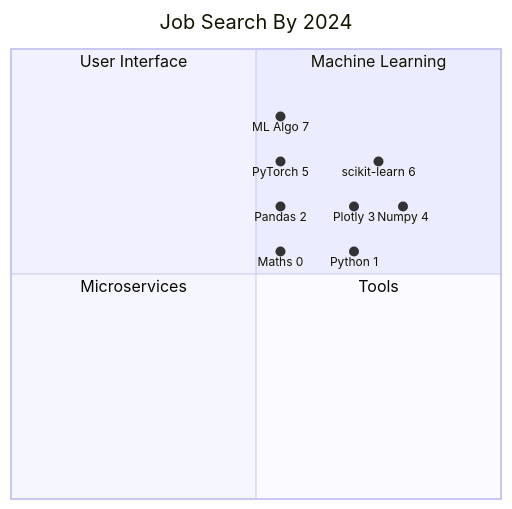
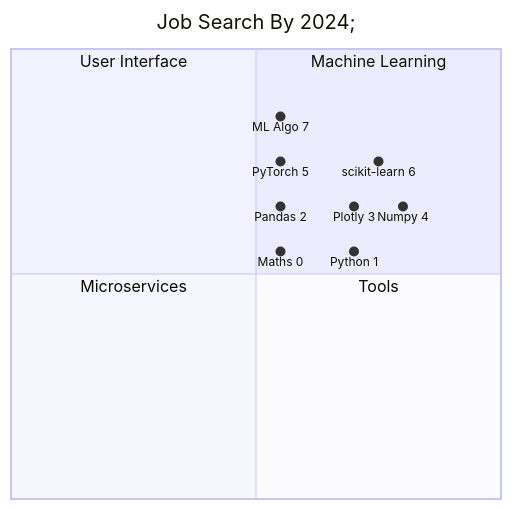
The diagram in README.md (rahgadda/job-preparation), drawn with Mermaid before and after one commit.

Commit message:
Initial Draft

````diff
--- a/README.md
+++ b/README.md
@@ -9,16 +9,16 @@
 ```mermaid
-quadrantChart
-    title Job Search By 2024
-    quadrant-1 Machine Learning
-    quadrant-2 User Interface
-    quadrant-3 Microservices
-    quadrant-4 Tools
-    Maths  0: [0.55,0.55] 
-    Python 1: [0.7,0.55]
-    Pandas 2: [0.55,0.65]
-    Plotly 3: [0.7,0.65]
-    Numpy 4:  [0.8,0.65]
-    PyTorch 5:  [0.55,0.75]
-    scikit-learn 6:  [0.75,0.75]
-    ML Algo 7:  [0.55,0.85]
+quadrantChart;
+    title Job Search By 2024;
+    quadrant-1 Machine Learning;
+    quadrant-2 User Interface;
+    quadrant-3 Microservices;
+    quadrant-4 Tools;
+    Maths  0: [0.55,0.55]; 
+    Python 1: [0.7,0.55];
+    Pandas 2: [0.55,0.65];
+    Plotly 3: [0.7,0.65];
+    Numpy 4:  [0.8,0.65];
+    PyTorch 5:  [0.55,0.75];
+    scikit-learn 6:  [0.75,0.75];
+    ML Algo 7:  [0.55,0.85];
 ```
````
